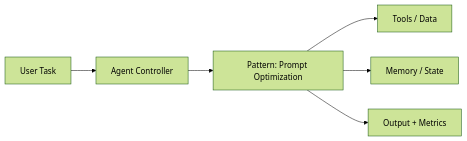
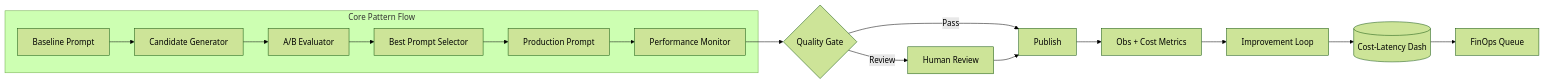
The diagram in notebooks/level_06_agent_operations_and_finops/32_prompt_optimization_architecture.md (vivekreeves/agentic-design-patterns-lab), drawn with Mermaid (forest theme) before and after one commit. The commit also changed 71 other files, not shown here.

````diff
--- a/notebooks/level_06_agent_operations_and_finops/32_prompt_optimization_architecture.md
+++ b/notebooks/level_06_agent_operations_and_finops/32_prompt_optimization_architecture.md
@@ -5,8 +5,18 @@
 ```mermaid
 flowchart LR
-  Q[User Task] --> A[Agent Controller]
-  A --> P[Pattern: Prompt Optimization]
-  P --> T[Tools / Data]
-  P --> M[Memory / State]
-  P --> O[Output + Metrics]
+  subgraph CoreFlow[Core Pattern Flow]
+    B[Baseline Prompt] --> GEN[Candidate Generator]
+    GEN --> AB[A/B Evaluator]
+    AB --> WIN[Best Prompt Selector]
+    WIN --> DEP[Production Prompt]
+    DEP --> MON[Performance Monitor]
+  end
+  MON --> QG{Quality Gate}
+  QG -->|Pass| PUB[Publish]
+  QG -->|Review| HREV[Human Review]
+  HREV --> PUB
+  PUB --> OBS[Obs + Cost Metrics]
+  OBS --> LOOP[Improvement Loop]
+  LOOP --> CDB[(Cost-Latency Dash)]
+  CDB --> ACT[FinOps Queue]
 ```
````
